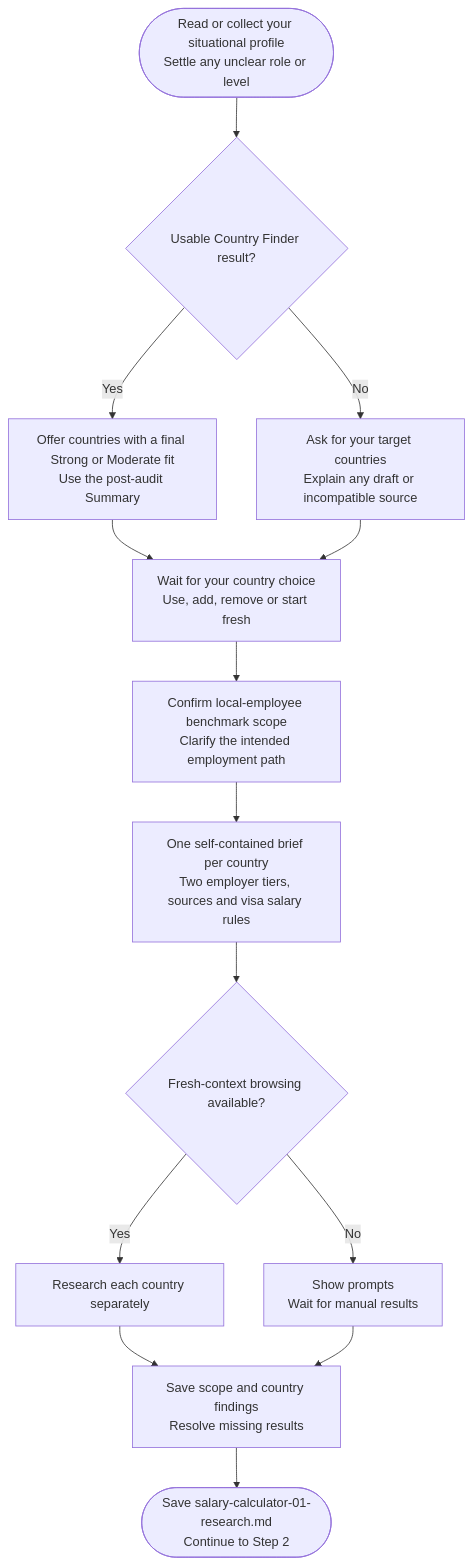
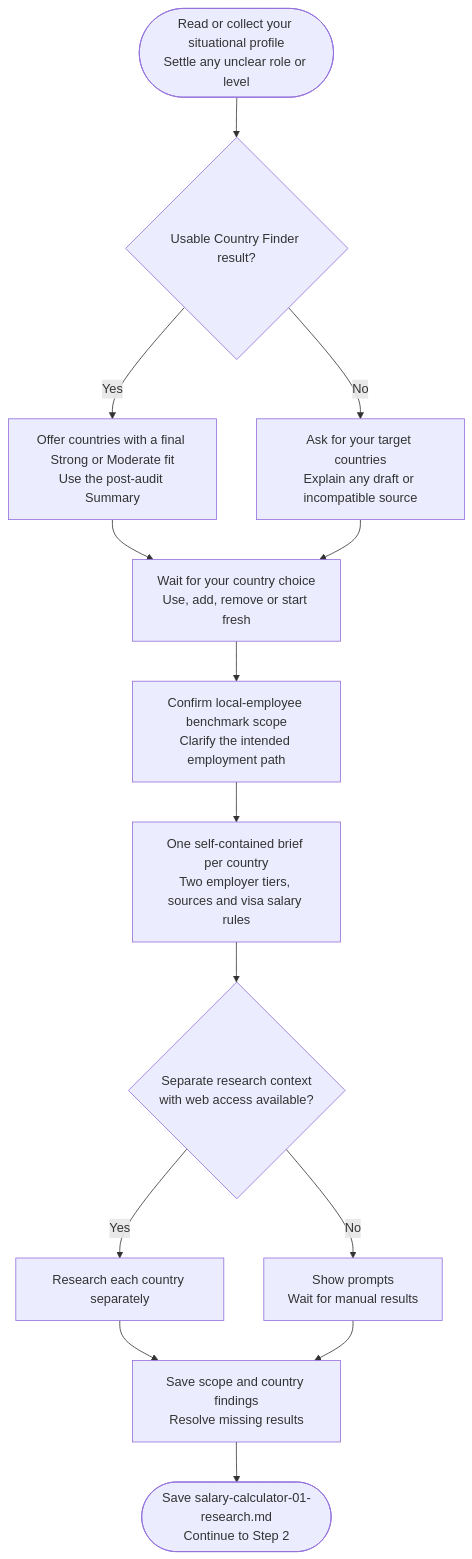
Before and after one commit to myowinthein/agent-compass: the diagram in docs/commands/salary-calculator/step1-research-prompt-generator.md, drawn with Mermaid. The commit also changed other lines of this file and 11 other files, not shown here.

````diff
--- a/docs/commands/salary-calculator/step1-research-prompt-generator.md
+++ b/docs/commands/salary-calculator/step1-research-prompt-generator.md
@@ -14,16 +14,16 @@
 ```mermaid
 flowchart TD
   Start(["Read or collect your situational profile<br/>Settle any unclear role or level"]) --> CF{"Usable Country Finder result?"}
   CF -->|Yes| Offer["Offer countries with a final Strong or Moderate fit<br/>Use the post-audit Summary"]
   CF -->|No| ManualList["Ask for your target countries<br/>Explain any draft or incompatible source"]
   Offer --> Confirm["Wait for your country choice<br/>Use, add, remove or start fresh"]
   ManualList --> Confirm
   Confirm --> Scope["Confirm local-employee benchmark scope<br/>Clarify the intended employment path"]
   Scope --> Brief["One self-contained brief per country<br/>Two employer tiers, sources and visa salary rules"]
-  Brief --> Cap{"Fresh-context browsing available?"}
+  Brief --> Cap{"Separate research context<br/>with web access available?"}
   Cap -->|Yes| Tasks["Research each country separately"]
   Cap -->|No| Manual["Show prompts<br/>Wait for manual results"]
   Tasks --> Collect["Save scope and country findings<br/>Resolve missing results"]
   Manual --> Collect
   Collect --> Next(["Save salary-calculator-01-research.md<br/>Continue to Step 2"])
 ```
````
